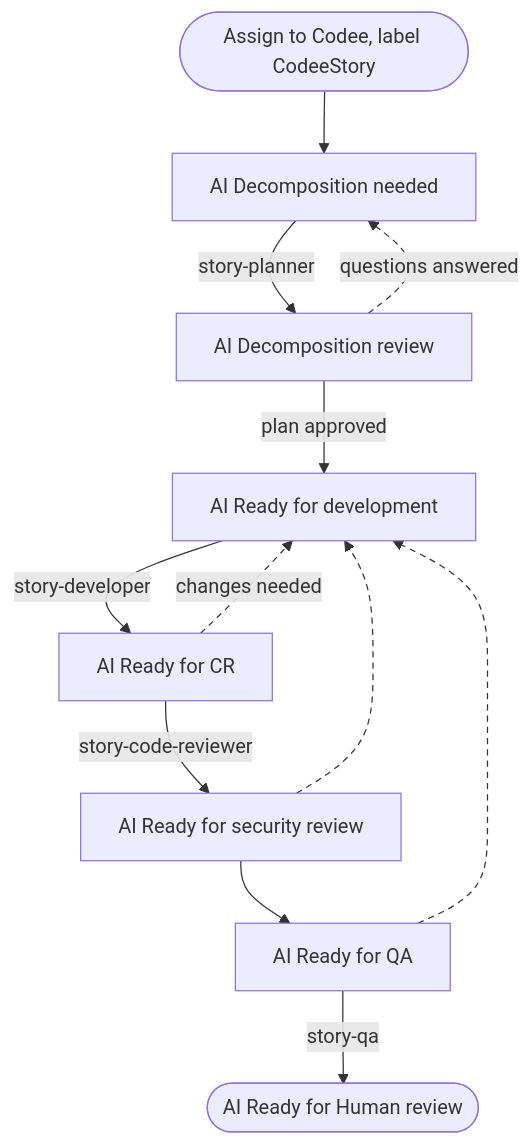
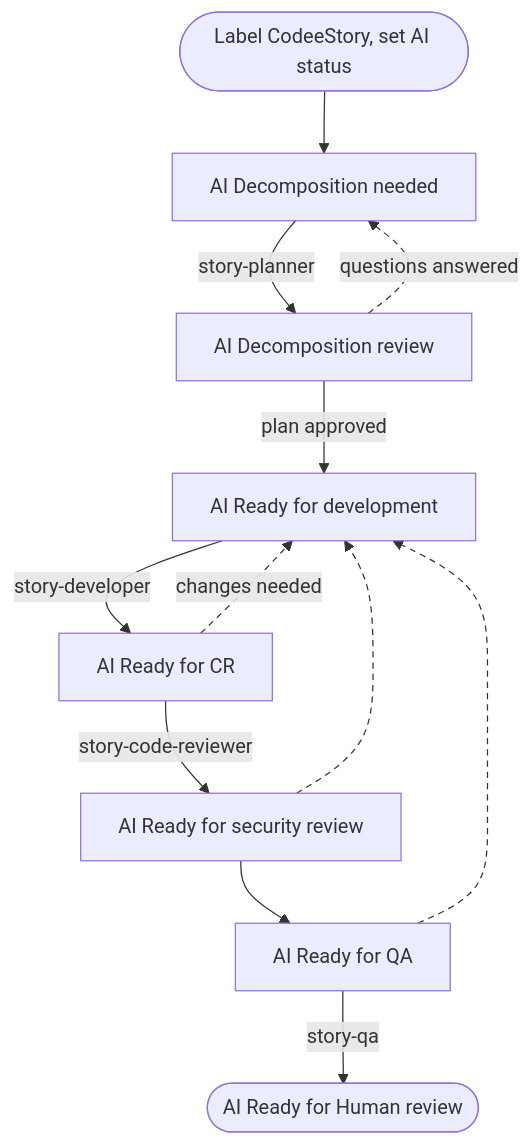
Before and after one commit to fusebase-dev/codee: the first of 2 diagrams in docs/docs/tutorials/working-on-tasks-in-jira.mdx, drawn with Mermaid. The commit also changed other lines of this file and 15 other files, not shown here.

````diff
--- a/docs/docs/tutorials/working-on-tasks-in-jira.mdx
+++ b/docs/docs/tutorials/working-on-tasks-in-jira.mdx
@@ -258,18 +269,18 @@
 ```mermaid
 flowchart TD
-    start([Assign to Codee, label CodeeStory]) --> decomp[AI Decomposition needed]
+    start([Label CodeeStory, set AI status]) --> decomp[AI Decomposition needed]
     decomp -->|story-planner| review[AI Decomposition review]
     review -.->|questions answered| decomp
     review -->|plan approved| dev[AI Ready for development]
     dev -->|story-developer| cr[AI Ready for CR]
     cr -->|story-code-reviewer| sec[AI Ready for security review]
     sec --> qa[AI Ready for QA]
     qa -->|story-qa| done([AI Ready for Human review])
     cr -.->|changes needed| dev
     sec -.-> dev
     qa -.-> dev
 
     class start,review,done human
     class decomp,dev,cr,sec,qa codee
     linkStyle 2,8,9,10 stroke-dasharray: 5 4
 ```
````
